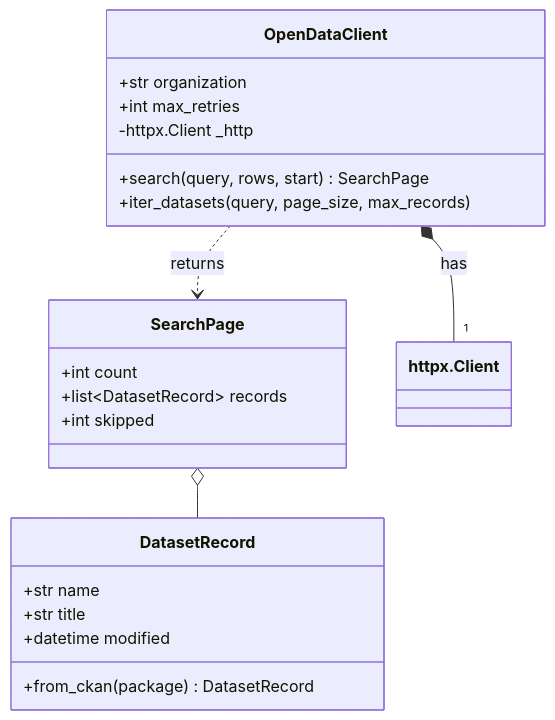
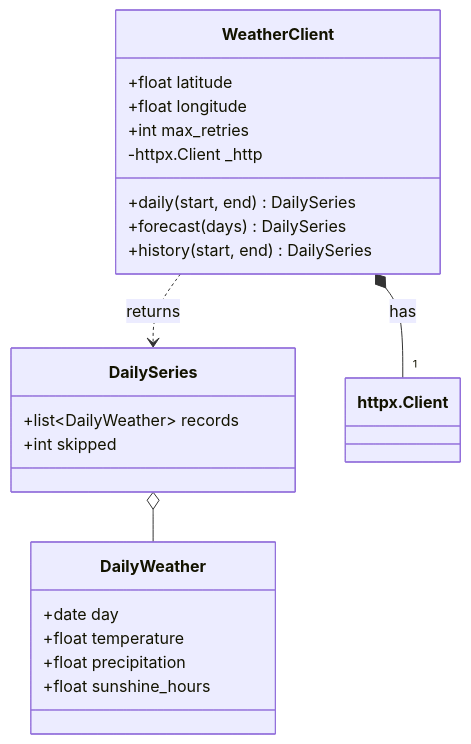
One commit to khoadaniel/statistical-programming-mpmd-htw-ws-2026 changed the third of 4 diagrams in sessions/02-software-engineering/theory/02-web-apis.md. Above: the diagram before and after it, drawn with Mermaid. The commit also changed other lines of this file and 160 other files, not shown here.

````diff
--- a/sessions/02-software-engineering/theory/02-web-apis.md
+++ b/sessions/02-software-engineering/theory/02-web-apis.md
@@ -144,25 +181,26 @@
 ```mermaid
 classDiagram
-  class OpenDataClient {
-    +str organization
+  class WeatherClient {
+    +float latitude
+    +float longitude
     +int max_retries
     -httpx.Client _http
-    +search(query, rows, start) SearchPage
-    +iter_datasets(query, page_size, max_records)
+    +daily(start, end) DailySeries
+    +forecast(days) DailySeries
+    +history(start, end) DailySeries
   }
-  class SearchPage {
-    +int count
-    +list~DatasetRecord~ records
+  class DailySeries {
+    +list~DailyWeather~ records
     +int skipped
   }
-  class DatasetRecord {
-    +str name
-    +str title
-    +datetime modified
-    +from_ckan(package) DatasetRecord
+  class DailyWeather {
+    +date day
+    +float temperature
+    +float precipitation
+    +float sunshine_hours
   }
-  OpenDataClient *-- "1" Client : has
-  OpenDataClient ..> SearchPage : returns
-  SearchPage o-- DatasetRecord
+  WeatherClient *-- "1" Client : has
+  WeatherClient ..> DailySeries : returns
+  DailySeries o-- DailyWeather
   class Client["httpx.Client"]
 ```
````
